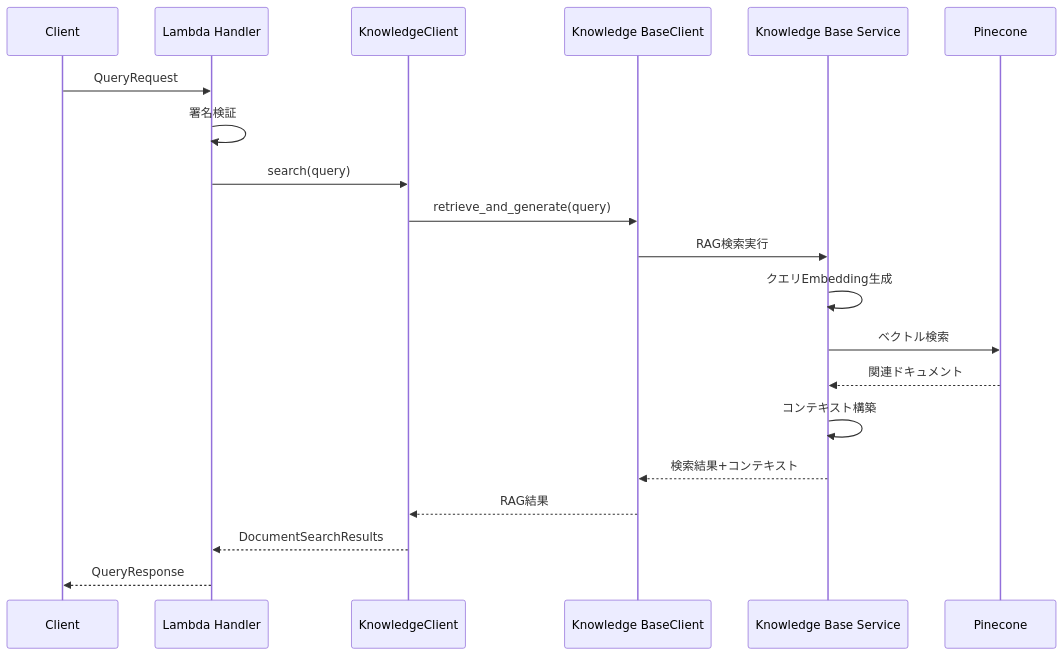
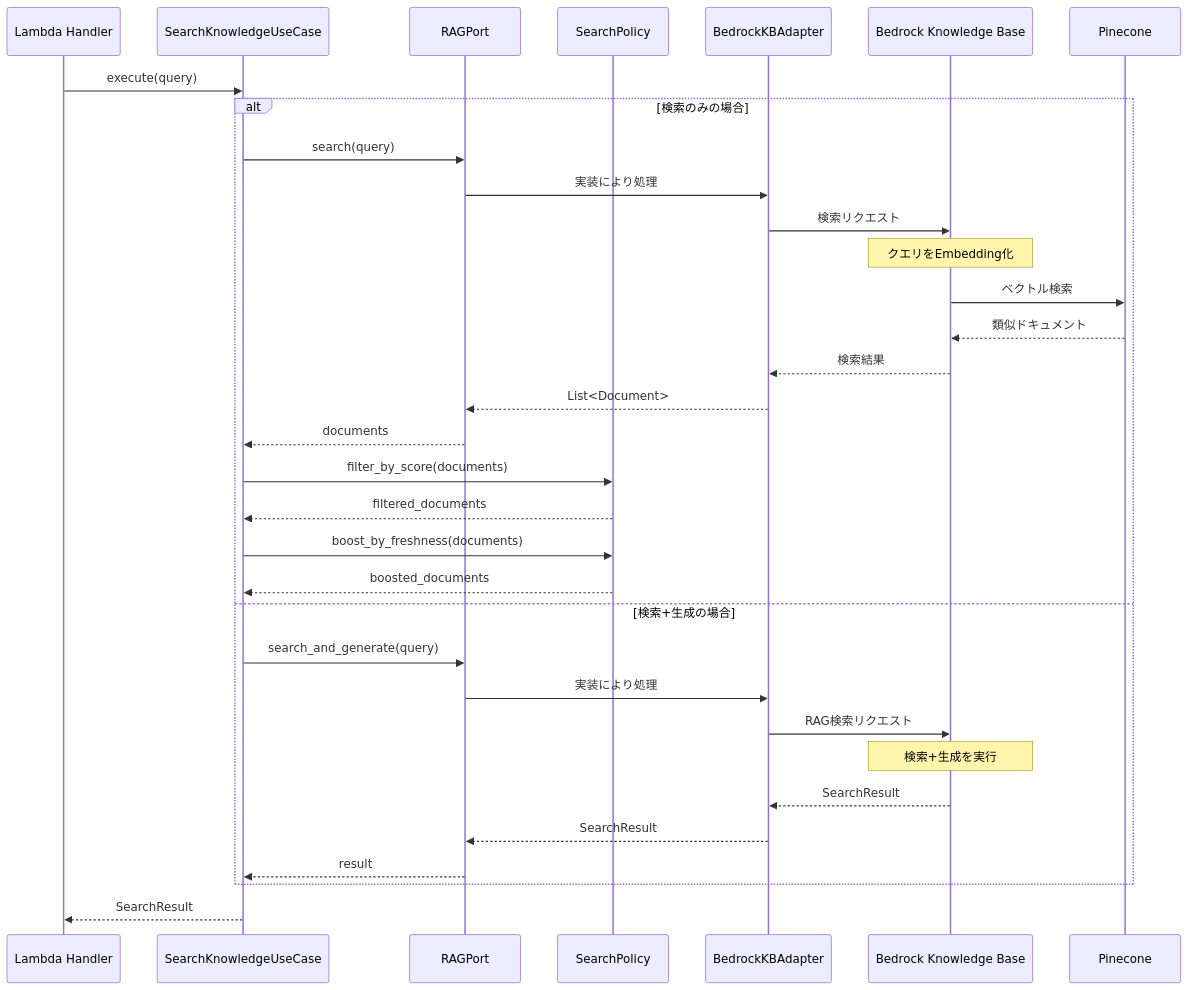
Before and after one commit to KJR020/lambda-knowledge-rag: the fifth of 6 diagrams in docs/DESIGN.md, drawn with Mermaid. The commit also changed other lines of this file, not shown here.

````diff
--- a/docs/DESIGN.md
+++ b/docs/DESIGN.md
@@ -183,26 +310,41 @@
 ```mermaid
 sequenceDiagram
-    participant C as Client
-    participant L as Lambda Handler
-    participant KC as KnowledgeClient
-    participant KB as Knowledge BaseClient
-    participant KBS as Knowledge Base Service
+    participant H as Lambda Handler
+    participant SUC as SearchKnowledgeUseCase
+    participant RAG as RAGPort
+    participant POL as SearchPolicy
+    participant KBA as BedrockKBAdapter
+    participant KB as Bedrock Knowledge Base
     participant PC as Pinecone
     
-    C->>L: QueryRequest
-    L->>L: 署名検証
+    H->>SUC: execute(query)
     
-    L->>KC: search(query)
-    KC->>KB: retrieve_and_generate(query)
+    alt 検索のみの場合
+        SUC->>RAG: search(query)
+        RAG->>KBA: 実装により処理
+        KBA->>KB: 検索リクエスト
+        Note over KB: クエリをEmbedding化
+        KB->>PC: ベクトル検索
+        PC-->>KB: 類似ドキュメント
+        KB-->>KBA: 検索結果
+        KBA-->>RAG: List<Document>
+        RAG-->>SUC: documents
+        
+        SUC->>POL: filter_by_score(documents)
+        POL-->>SUC: filtered_documents
+        
+        SUC->>POL: boost_by_freshness(documents)
+        POL-->>SUC: boosted_documents
+        
+    else 検索+生成の場合
+        SUC->>RAG: search_and_generate(query)
+        RAG->>KBA: 実装により処理
+        KBA->>KB: RAG検索リクエスト
+        Note over KB: 検索+生成を実行
+        KB-->>KBA: SearchResult
+        KBA-->>RAG: SearchResult
+        RAG-->>SUC: result
+    end
     
-    KB->>KBS: RAG検索実行
-    KBS->>KBS: クエリEmbedding生成
-    KBS->>PC: ベクトル検索
-    PC-->>KBS: 関連ドキュメント
-    KBS->>KBS: コンテキスト構築
-    KBS-->>KB: 検索結果+コンテキスト
-    
-    KB-->>KC: RAG結果
-    KC-->>L: DocumentSearchResults
-    L-->>C: QueryResponse
+    SUC-->>H: SearchResult
 ```
````
